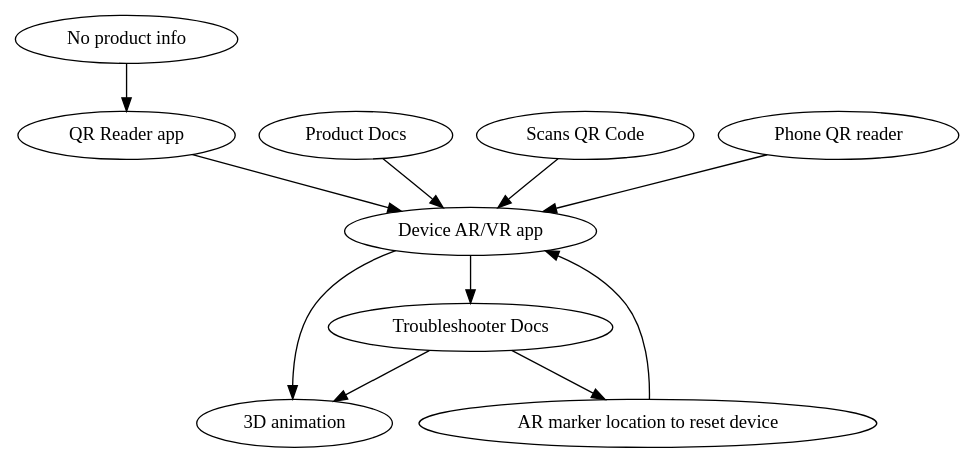
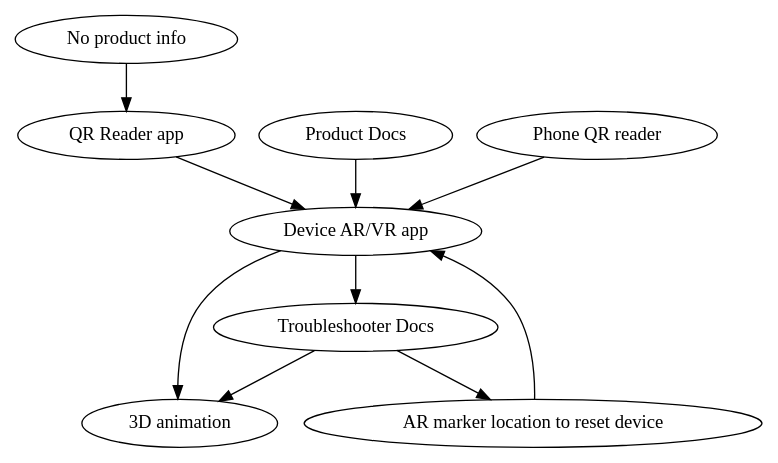
One commit to spencerkittleson/testerArJsDemo changed the diagram in readme.md. Above: the diagram before and after it, drawn with Graphviz. The commit also changed other lines of this file and 1 other file, not shown here.

````diff
--- a/readme.md
+++ b/readme.md
@@ -17,14 +21,13 @@
 ```graphviz
 digraph G {
   "No product info" -> "QR Reader app"
   "Product Docs" -> "Device AR/VR app"
   "QR Reader app" -> "Device AR/VR app"
-  "Scans QR Code" -> "Device AR/VR app"
   "Phone QR reader" -> "Device AR/VR app"
   "Device AR/VR app" -> "Troubleshooter Docs"
   "Device AR/VR app" -> "3D animation"
   "Troubleshooter Docs" -> "3D animation"
   "Troubleshooter Docs" -> "AR marker location to reset device"
   "AR marker location to reset device" -> "Device AR/VR app"
 }
 ```
````
